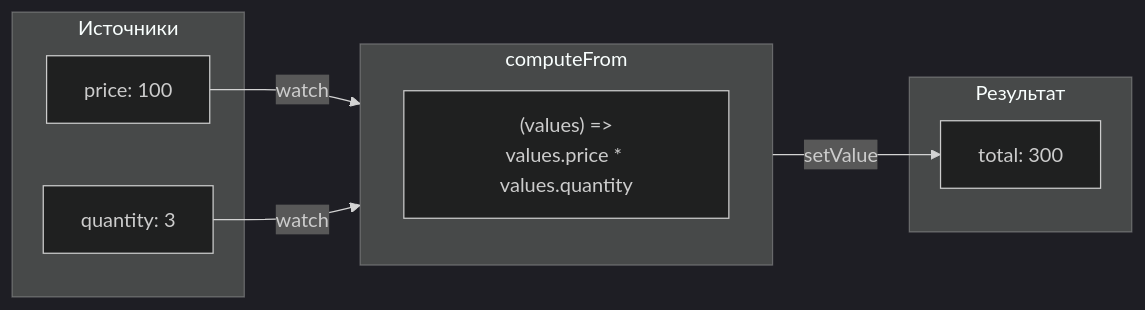
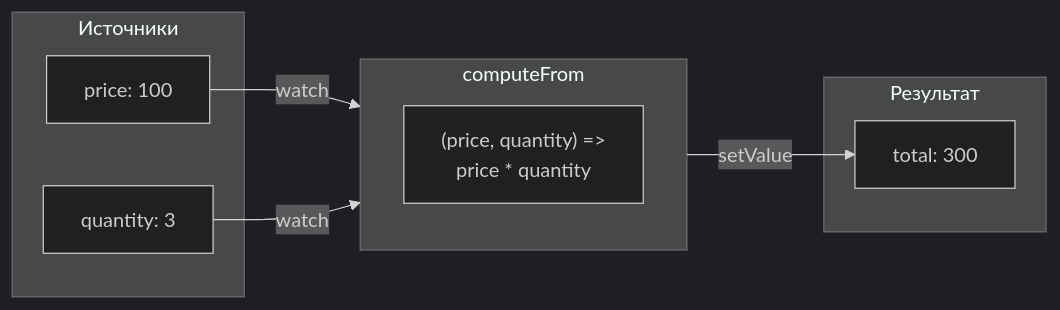
The second of 7 diagrams in docs/behaviors.md (AlexandrBukhtatyy/ReFormer), drawn with Mermaid (dark theme) before and after one commit. The commit also changed other lines of this file and 4 other files, not shown here.

````diff
--- a/docs/behaviors.md
+++ b/docs/behaviors.md
@@ -31,19 +34,19 @@
 ```mermaid
 flowchart LR
     subgraph Sources["Источники"]
         price[price: 100]
         quantity[quantity: 3]
     end
 
     subgraph Behavior["computeFrom"]
-        fn["(values) =&gt;<br/>values.price * values.quantity"]
+        fn["(price, quantity) =&gt;<br/>price * quantity"]
     end
 
     subgraph Target["Результат"]
         total[total: 300]
     end
 
     price -->|watch| Behavior
     quantity -->|watch| Behavior
     Behavior -->|setValue| total
 ```
````
